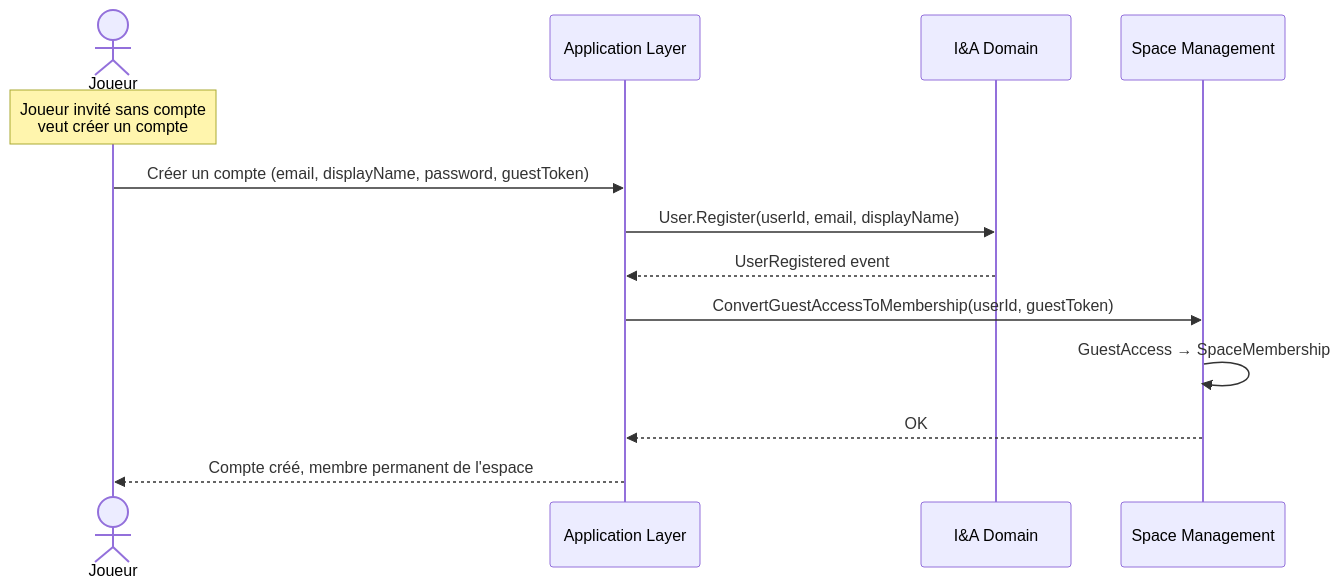
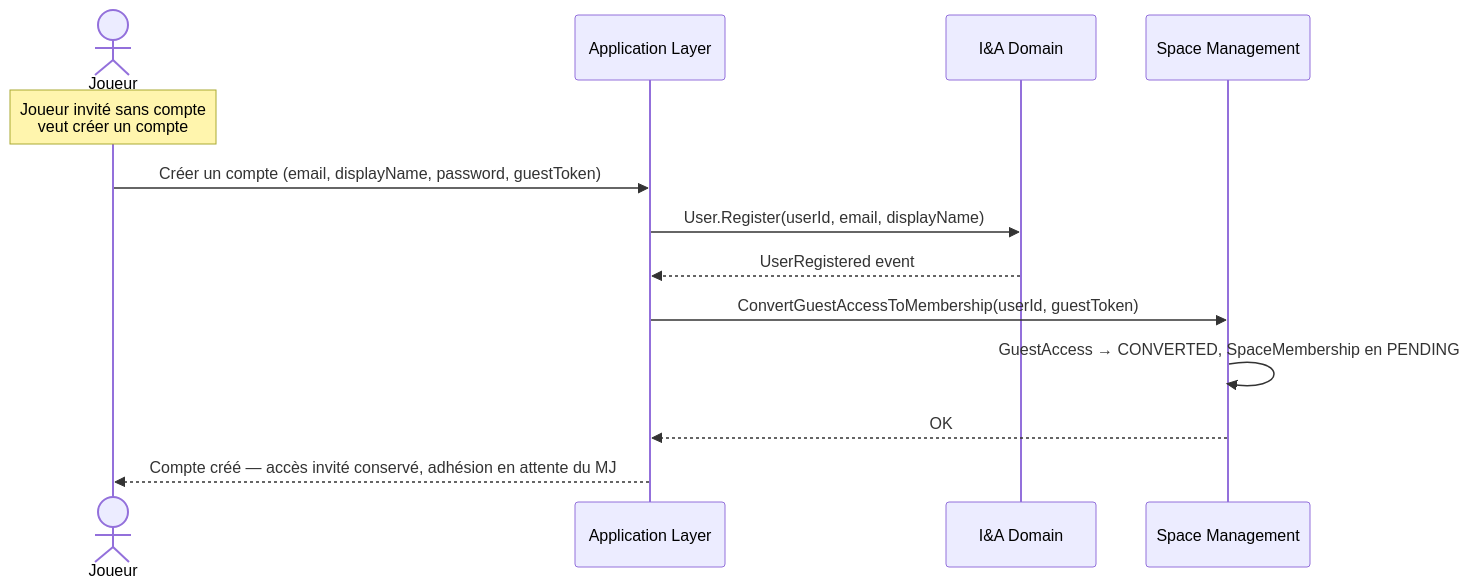
Before and after one commit to 2025-10-CDA-ECO-P6/PM-micro-saas: the sixth of 6 diagrams in docs/domaine/identity-access/flows.md, drawn with Mermaid. The commit also changed 5 other files, not shown here.

First line of the commit message:
docs(besoin): distingue l'adhésion par lien SPACE de la conversion d'un invité

````diff
--- a/docs/domaine/identity-access/flows.md
+++ b/docs/domaine/identity-access/flows.md
@@ -130,16 +130,16 @@
 ```mermaid
 sequenceDiagram
     actor Joueur
     participant App as Application Layer
     participant IA as I&A Domain
     participant SM as Space Management
 
     Note over Joueur: Joueur invité sans compte<br/>veut créer un compte
     Joueur->>App: Créer un compte (email, displayName, password, guestToken)
     App->>IA: User.Register(userId, email, displayName)
     IA-->>App: UserRegistered event
     App->>SM: ConvertGuestAccessToMembership(userId, guestToken)
-    SM->>SM: GuestAccess → SpaceMembership
+    SM->>SM: GuestAccess → CONVERTED, SpaceMembership en PENDING
     SM-->>App: OK
-    App-->>Joueur: Compte créé, membre permanent de l'espace
+    App-->>Joueur: Compte créé — accès invité conservé, adhésion en attente du MJ
 ```
````
